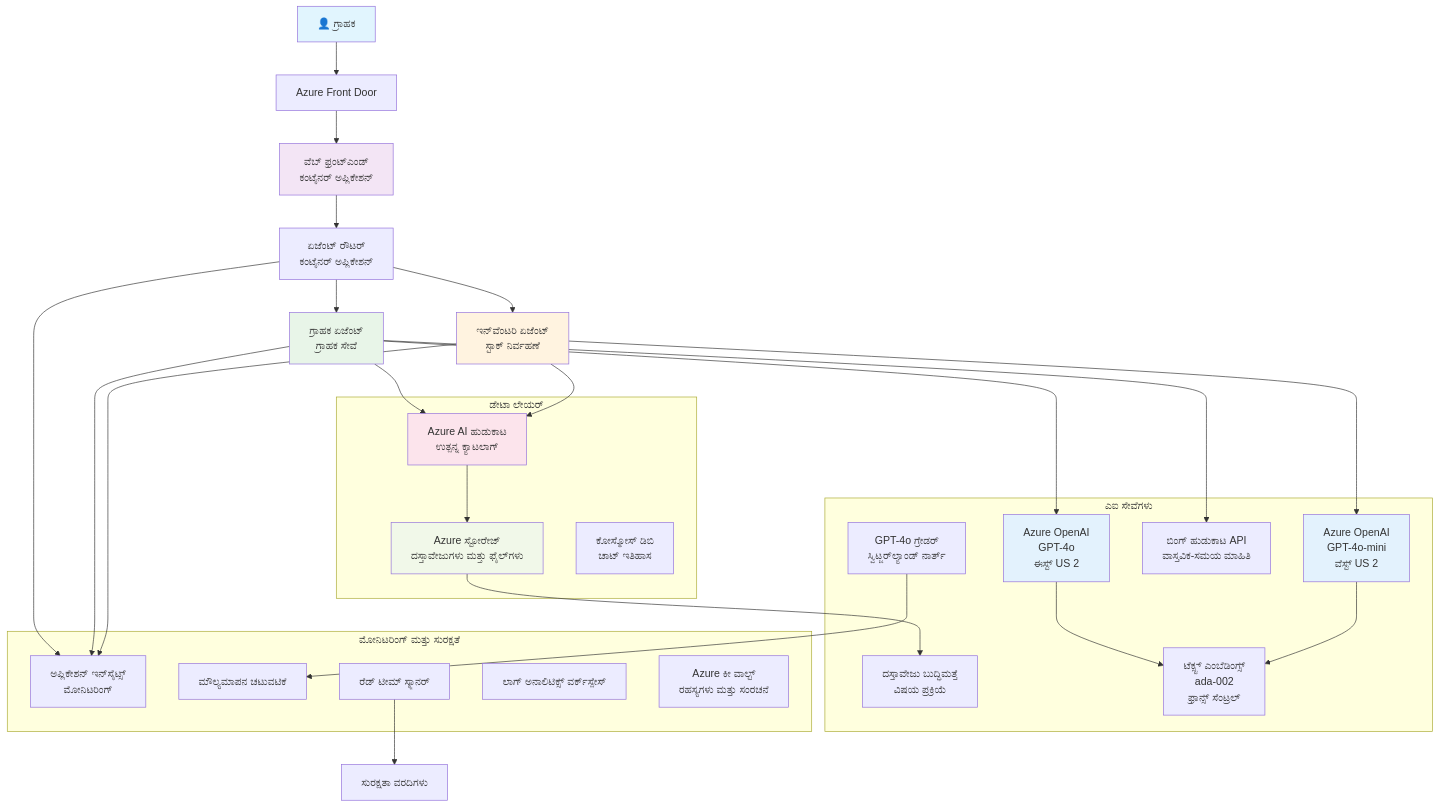
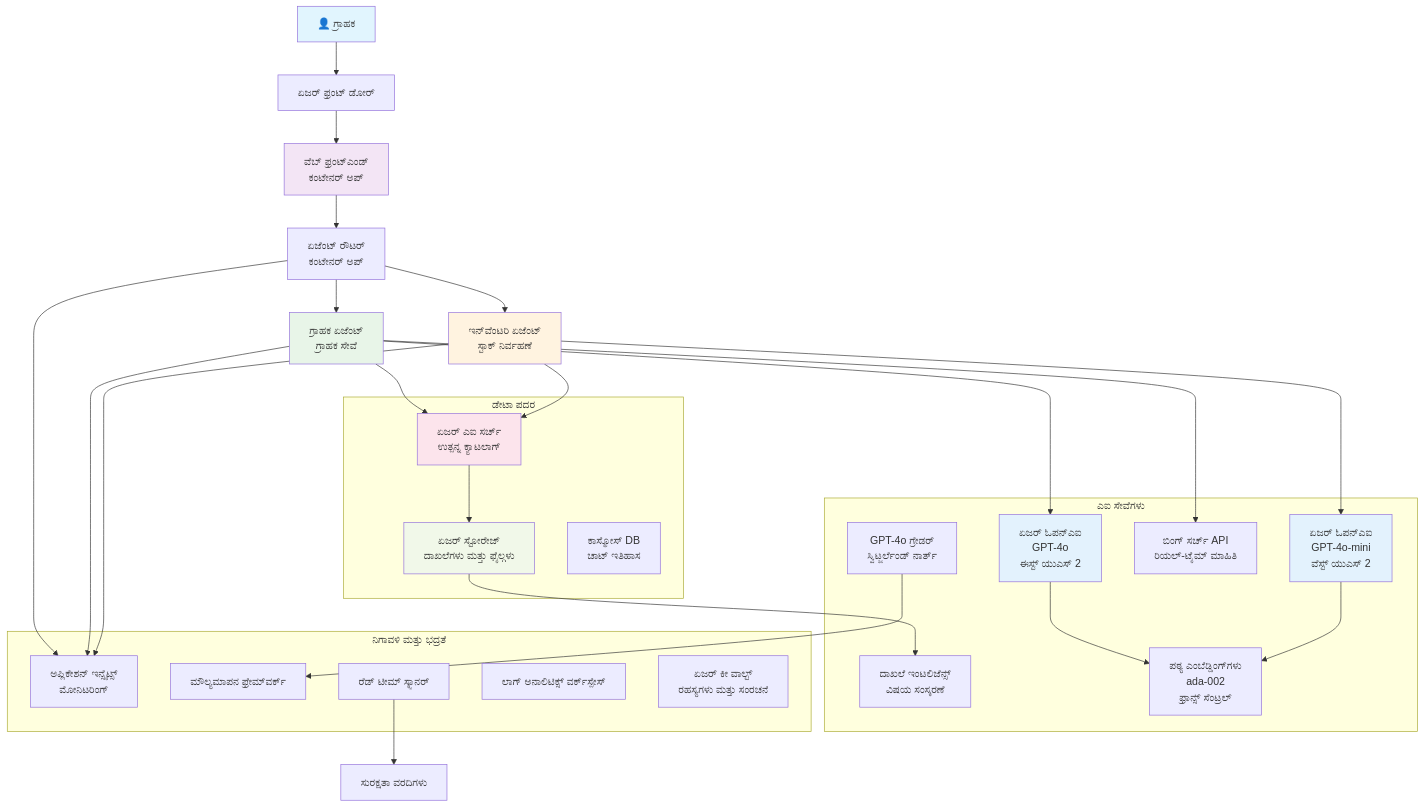
Before and after one commit to microsoft/AZD-for-beginners: the diagram in translations/kn/examples/retail-scenario.md, drawn with Mermaid. The commit also changed other lines of this file and 470 other files, not shown here.

````diff
--- a/translations/kn/examples/retail-scenario.md
+++ b/translations/kn/examples/retail-scenario.md
@@ -148,61 +139,61 @@
 ```mermaid
 graph TB
-    User[👤 ಗ್ರಾಹಕ] --> LB[Azure Front Door]
-    LB --> WebApp[ವೆಬ್ ಫ್ರಂಟ್ಎಂಡ್<br/>ಕಂಟೈನರ್ ಅಪ್ಲಿಕೇಶನ್]
+    User[👤 ಗ್ರಾಹಕ] --> LB[ಏಜರ್ ಫ್ರಂಟ್ ಡೋರ್]
+    LB --> WebApp[ವೆಬ್ ಫ್ರಂಟ್‌ಎಂಡ್<br/>ಕಂಟೇನರ್ ಅಪ್]
     
-    WebApp --> Router[ಏಜೆಂಟ್ ರೌಟರ್<br/>ಕಂಟೈನರ್ ಅಪ್ಲಿಕೇಶನ್]
+    WebApp --> Router[ಏಜೆಂಟ್ ರೌಟರ್<br/>ಕಂಟೇನರ್ ಅಪ್]
     Router --> CustomerAgent[ಗ್ರಾಹಕ ಏಜೆಂಟ್<br/>ಗ್ರಾಹಕ ಸೇವೆ]
     Router --> InvAgent[ಇನ್‌ವೆಂಟರಿ ಏಜೆಂಟ್<br/>ಸ್ಟಾಕ್ ನಿರ್ವಹಣೆ]
     
-    CustomerAgent --> OpenAI1[Azure OpenAI<br/>GPT-4o<br/>ಈಸ್ಟ್ US 2]
-    InvAgent --> OpenAI2[Azure OpenAI<br/>GPT-4o-mini<br/>ವೆಸ್ಟ್ US 2]
+    CustomerAgent --> OpenAI1[ಏಜರ್ ಓಪನ್‌ಎಐ<br/>GPT-4o<br/>ಈಸ್ಟ್ ಯುಎಸ್ 2]
+    InvAgent --> OpenAI2[ಏಜರ್ ಓಪನ್‌ಎಐ<br/>GPT-4o-mini<br/>ವೆಸ್ಟ್ ಯುಎಸ್ 2]
     
-    CustomerAgent --> AISearch[Azure AI ಹುಡುಕಾಟ<br/>ಉತ್ಪನ್ನ ಕ್ಯಾಟಲಾಗ್]
-    CustomerAgent --> BingSearch[ಬಿಂಗ್ ಹುಡುಕಾಟ API<br/>ವಾಸ್ತವಿಕ-ಸಮಯ ಮಾಹಿತಿ]
+    CustomerAgent --> AISearch[ಏಜರ್ ಎಐ ಸರ್ಚ್<br/>ಉತ್ಪನ್ನ ಕ್ಯಾಟಲಾಗ್]
+    CustomerAgent --> BingSearch[ಬಿಂಗ್ ಸರ್ಚ್ API<br/>ರಿಯಲ್-ಟೈಮ್ ಮಾಹಿತಿ]
     InvAgent --> AISearch
     
-    AISearch --> Storage[Azure ಸ್ಟೋರೇಜ್<br/>ದಸ್ತಾವೇಜುಗಳು ಮತ್ತು ಫೈಲ್‌ಗಳು]
-    Storage --> DocIntel[ದಸ್ತಾವೇಜು ಬುದ್ಧಿಮತ್ತೆ<br/>ವಿಷಯ ಪ್ರಕ್ರಿಯೆ]
+    AISearch --> Storage[ಏಜರ್ ಸ್ಟೋರೇಜ್<br/>ದಾಖಲೆಗಳು ಮತ್ತು ಫೈಲ್ಗಳು]
+    Storage --> DocIntel[ದಾಖಲೆ ಇಂಟಲಿಜೆನ್ಸ್<br/>ವಿಷಯ ಸಂಸ್ಕರಣೆ]
     
-    OpenAI1 --> Embeddings[ಟೆಕ್ಸ್ಟ್ ಎಂಬೆಡಿಂಗ್ಸ್<br/>ada-002<br/>ಫ್ರಾನ್ಸ್ ಸೆಂಟ್ರಲ್]
+    OpenAI1 --> Embeddings[ಪಠ್ಯ ಎಂಬೆಡ್ಡಿಂಗ್‌ಗಳು<br/>ada-002<br/>ಫ್ರಾನ್ಸ್ ಸೆಂಟ್ರಲ್]
     OpenAI2 --> Embeddings
     
-    Router --> AppInsights[ಅಪ್ಲಿಕೇಶನ್ ಇನ್‌ಸೈಟ್ಸ್<br/>ಮೋನಿಟರಿಂಗ್]
+    Router --> AppInsights[ಅಪ್ಲಿಕೇಶನ್ ಇನ್ಸೈಟ್ಸ್<br/>ಮೋನಿಟರಿಂಗ್]
     CustomerAgent --> AppInsights
     InvAgent --> AppInsights
     
-    GraderModel[GPT-4o ಗ್ರೇಡರ್<br/>ಸ್ವಿಟ್ಜರ್‌ಲ್ಯಾಂಡ್ ನಾರ್ತ್] --> Evaluation[ಮೌಲ್ಯಮಾಪನ ಚಟುವಟಿಕೆ]
+    GraderModel[GPT-4o ಗ್ರೇಡರ್<br/>ಸ್ವಿಟ್ಜರ್ಲೆಂಡ್ ನಾರ್ತ್] --> Evaluation[ಮೌಲ್ಯಮಾಪನ ಫ್ರೇಮ್‌ವರ್ಕ್]
     RedTeam[ರೆಡ್ ಟೀಮ್ ಸ್ಕ್ಯಾನರ್] --> SecurityReports[ಸುರಕ್ಷತಾ ವರದಿಗಳು]
     
-    subgraph "ಡೇಟಾ ಲೇಯರ್"
+    subgraph "ಡೇಟಾ ಪದರ"
         Storage
         AISearch
-        CosmosDB[ಕೋಸ್ಮೋಸ್ ಡಿಬಿ<br/>ಚಾಟ್ ಇತಿಹಾಸ]
+        CosmosDB[ಕಾಸ್ಮೋಸ್ DB<br/>ಚಾಟ್ ಇತಿಹಾಸ]
     end
     
     subgraph "ಎಐ ಸೇವೆಗಳು"
         OpenAI1
         OpenAI2
         Embeddings
         GraderModel
         DocIntel
         BingSearch
     end
     
-    subgraph "ಮೋನಿಟರಿಂಗ್ ಮತ್ತು ಸುರಕ್ಷತೆ"
+    subgraph "ನಿಗಾವಳಿ ಮತ್ತು ಭದ್ರತೆ"
         AppInsights
         LogAnalytics[ಲಾಗ್ ಅನಾಲಿಟಿಕ್ಸ್ ವರ್ಕ್‌ಸ್ಪೇಸ್]
-        KeyVault[Azure ಕೀ ವಾಲ್ಟ್<br/>ರಹಸ್ಯಗಳು ಮತ್ತು ಸಂರಚನೆ]
+        KeyVault[ಏಜರ್ ಕೀ ವಾಲ್ಟ್<br/>ರಹಸ್ಯಗಳು ಮತ್ತು ಸಂರಚನೆ]
         RedTeam
         Evaluation
     end
     
     style User fill:#e1f5fe
     style WebApp fill:#f3e5f5
     style CustomerAgent fill:#e8f5e8
     style InvAgent fill:#fff3e0
     style OpenAI1 fill:#e3f2fd
     style OpenAI2 fill:#e3f2fd
     style AISearch fill:#fce4ec
     style Storage fill:#f1f8e9
 ```
````
